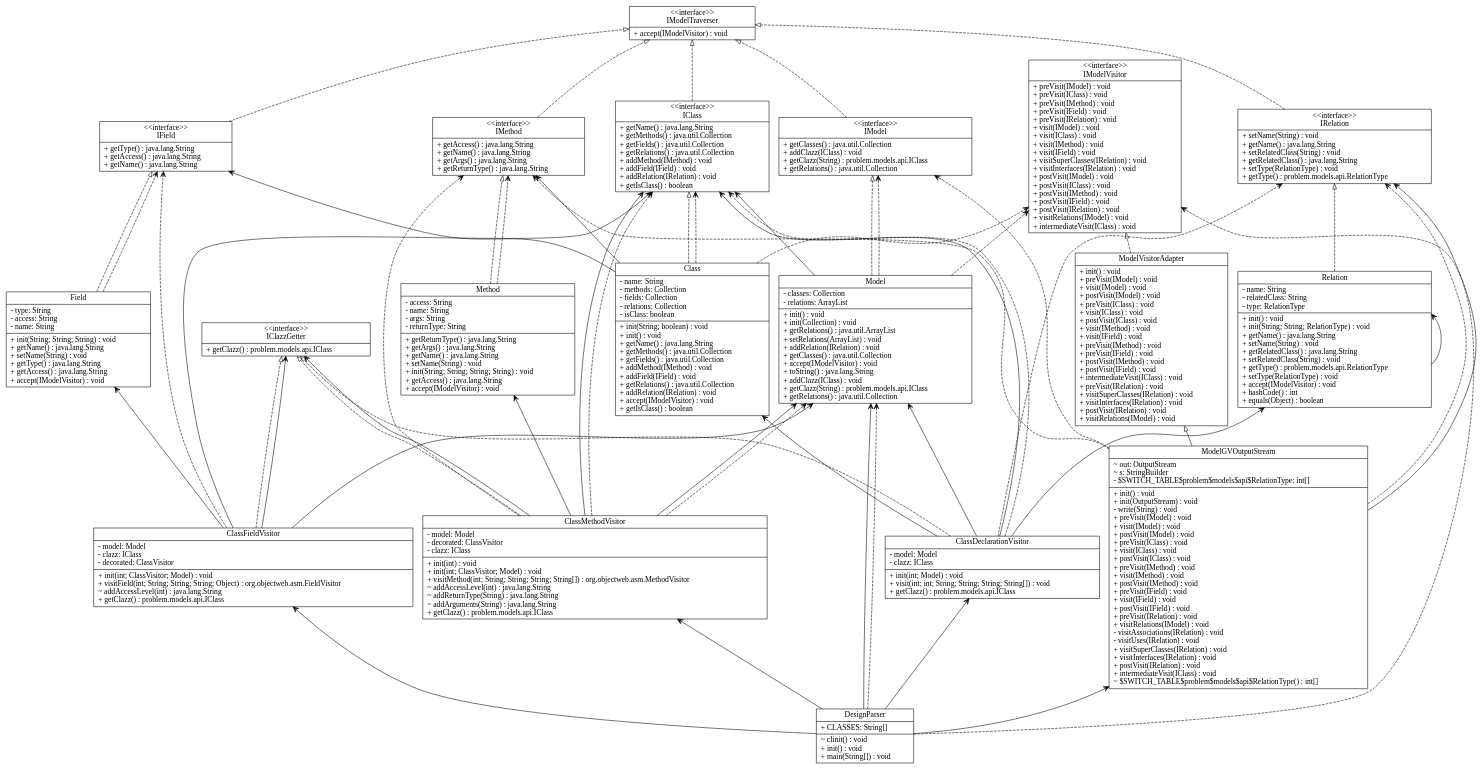
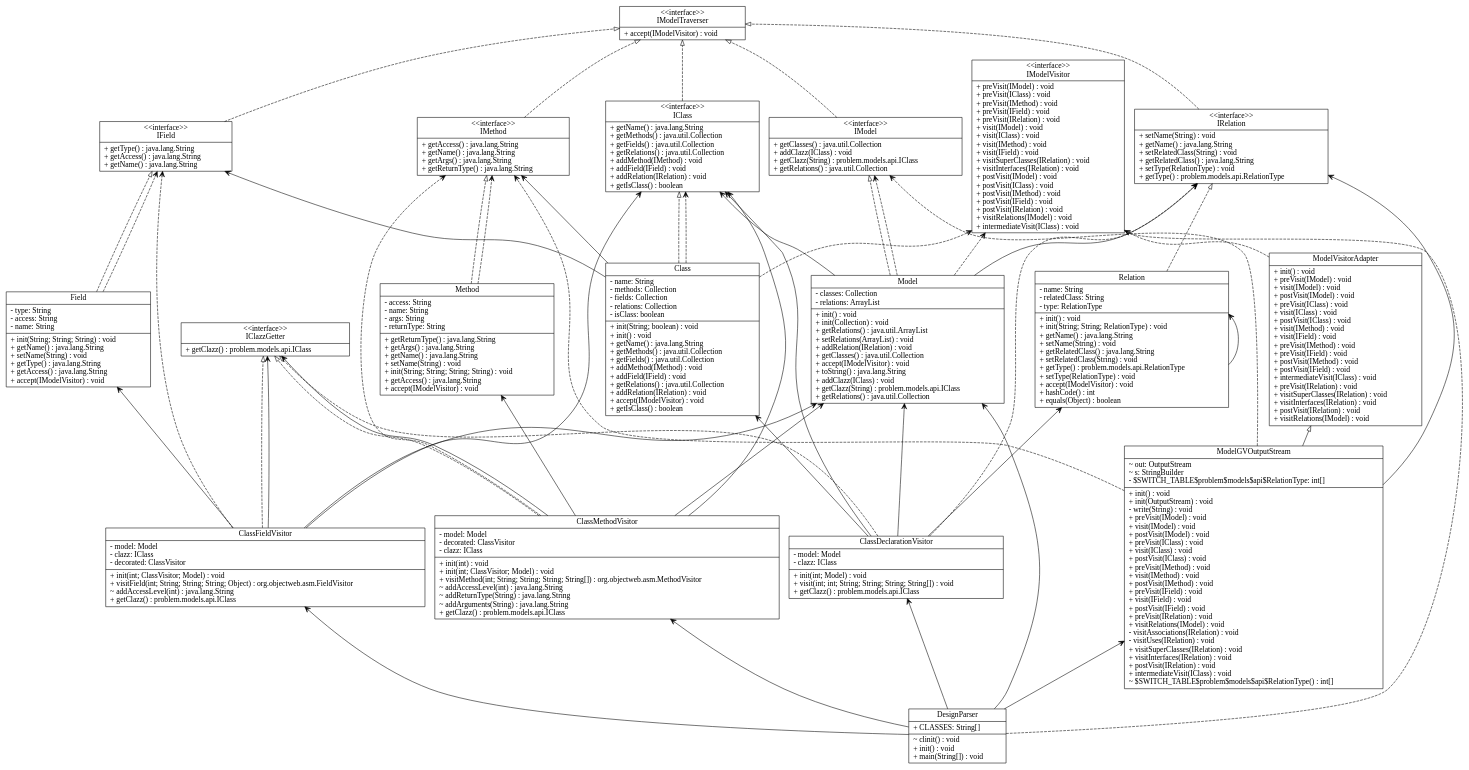
The diagram in input_output/model.gv (tpunt3/Csse374), drawn with Graphviz before and after one commit. The commit also changed 3 other files, not shown here.

```diff
--- a/input_output/model.gv
+++ b/input_output/model.gv
@@ -1,153 +1,149 @@
 digraph model{
 rankdir = BT;
 ClassDeclarationVisitor [
 shape="record",
 label = "{ClassDeclarationVisitor| - model: Model\l- clazz: IClass\l|+ init(int; Model) : void\l+ visit(int; int; String; String; String; String[]) : void\l+ getClazz() : problem.models.api.IClass\l}"
 ];
 
 ClassFieldVisitor [
 shape="record",
 label = "{ClassFieldVisitor| - model: Model\l- clazz: IClass\l- decorated: ClassVisitor\l|+ init(int; ClassVisitor; Model) : void\l+ visitField(int; String; String; String; Object) : org.objectweb.asm.FieldVisitor\l~ addAccessLevel(int) : java.lang.String\l+ getClazz() : problem.models.api.IClass\l}"
 ];
 
 ClassMethodVisitor [
 shape="record",
 label = "{ClassMethodVisitor| - model: Model\l- decorated: ClassVisitor\l- clazz: IClass\l|+ init(int) : void\l+ init(int; ClassVisitor; Model) : void\l+ visitMethod(int; String; String; String; String[]) : org.objectweb.asm.MethodVisitor\l~ addAccessLevel(int) : java.lang.String\l~ addReturnType(String) : java.lang.String\l~ addArguments(String) : java.lang.String\l+ getClazz() : problem.models.api.IClass\l}"
 ];
 
 DesignParser [
 shape="record",
 label = "{DesignParser| + CLASSES: String[]\l|~ clinit() : void\l+ init() : void\l+ main(String[]) : void\l}"
 ];
 
 IClazzGetter [
 shape="record",
 label = "{\<\<interface\>\>\nIClazzGetter| + getClazz() : problem.models.api.IClass\l}"
 ];
 
 IModelTraverser [
 shape="record",
 label = "{\<\<interface\>\>\nIModelTraverser| + accept(IModelVisitor) : void\l}"
 ];
 
 IModelVisitor [
 shape="record",
 label = "{\<\<interface\>\>\nIModelVisitor| + preVisit(IModel) : void\l+ preVisit(IClass) : void\l+ preVisit(IMethod) : void\l+ preVisit(IField) : void\l+ preVisit(IRelation) : void\l+ visit(IModel) : void\l+ visit(IClass) : void\l+ visit(IMethod) : void\l+ visit(IField) : void\l+ visitSuperClasses(IRelation) : void\l+ visitInterfaces(IRelation) : void\l+ postVisit(IModel) : void\l+ postVisit(IClass) : void\l+ postVisit(IMethod) : void\l+ postVisit(IField) : void\l+ postVisit(IRelation) : void\l+ visitRelations(IModel) : void\l+ intermediateVisit(IClass) : void\l}"
 ];
 
 ModelVisitorAdapter [
 shape="record",
 label = "{ModelVisitorAdapter| + init() : void\l+ preVisit(IModel) : void\l+ visit(IModel) : void\l+ postVisit(IModel) : void\l+ preVisit(IClass) : void\l+ visit(IClass) : void\l+ postVisit(IClass) : void\l+ visit(IMethod) : void\l+ visit(IField) : void\l+ preVisit(IMethod) : void\l+ preVisit(IField) : void\l+ postVisit(IMethod) : void\l+ postVisit(IField) : void\l+ intermediateVisit(IClass) : void\l+ preVisit(IRelation) : void\l+ visitSuperClasses(IRelation) : void\l+ visitInterfaces(IRelation) : void\l+ postVisit(IRelation) : void\l+ visitRelations(IModel) : void\l}"
 ];
 
 IClass [
 shape="record",
 label = "{\<\<interface\>\>\nIClass| + getName() : java.lang.String\l+ getMethods() : java.util.Collection\l+ getFields() : java.util.Collection\l+ getRelations() : java.util.Collection\l+ addMethod(IMethod) : void\l+ addField(IField) : void\l+ addRelation(IRelation) : void\l+ getIsClass() : boolean\l}"
 ];
 
 IField [
 shape="record",
 label = "{\<\<interface\>\>\nIField| + getType() : java.lang.String\l+ getAccess() : java.lang.String\l+ getName() : java.lang.String\l}"
 ];
 
 IMethod [
 shape="record",
 label = "{\<\<interface\>\>\nIMethod| + getAccess() : java.lang.String\l+ getName() : java.lang.String\l+ getArgs() : java.lang.String\l+ getReturnType() : java.lang.String\l}"
 ];
 
 IModel [
 shape="record",
 label = "{\<\<interface\>\>\nIModel| + getClasses() : java.util.Collection\l+ addClazz(IClass) : void\l+ getClazz(String) : problem.models.api.IClass\l+ getRelations() : java.util.Collection\l}"
 ];
 
 IRelation [
 shape="record",
 label = "{\<\<interface\>\>\nIRelation| + setName(String) : void\l+ getName() : java.lang.String\l+ setRelatedClass(String) : void\l+ getRelatedClass() : java.lang.String\l+ setType(RelationType) : void\l+ getType() : problem.models.api.RelationType\l}"
 ];
 
 Class [
 shape="record",
 label = "{Class| - name: String\l- methods: Collection\l- fields: Collection\l- relations: Collection\l- isClass: boolean\l|+ init(String; boolean) : void\l+ init() : void\l+ getName() : java.lang.String\l+ getMethods() : java.util.Collection\l+ getFields() : java.util.Collection\l+ addMethod(IMethod) : void\l+ addField(IField) : void\l+ getRelations() : java.util.Collection\l+ addRelation(IRelation) : void\l+ accept(IModelVisitor) : void\l+ getIsClass() : boolean\l}"
 ];
 
 Field [
 shape="record",
 label = "{Field| - type: String\l- access: String\l- name: String\l|+ init(String; String; String) : void\l+ getName() : java.lang.String\l+ setName(String) : void\l+ getType() : java.lang.String\l+ getAccess() : java.lang.String\l+ accept(IModelVisitor) : void\l}"
 ];
 
 Method [
 shape="record",
 label = "{Method| - access: String\l- name: String\l- args: String\l- returnType: String\l|+ getReturnType() : java.lang.String\l+ getArgs() : java.lang.String\l+ getName() : java.lang.String\l+ setName(String) : void\l+ init(String; String; String; String) : void\l+ getAccess() : java.lang.String\l+ accept(IModelVisitor) : void\l}"
 ];
 
 Model [
 shape="record",
 label = "{Model| - classes: Collection\l- relations: ArrayList\l|+ init() : void\l+ init(Collection) : void\l+ getRelations() : java.util.ArrayList\l+ setRelations(ArrayList) : void\l+ addRelation(IRelation) : void\l+ getClasses() : java.util.Collection\l+ accept(IModelVisitor) : void\l+ toString() : java.lang.String\l+ addClazz(IClass) : void\l+ getClazz(String) : problem.models.api.IClass\l+ getRelations() : java.util.Collection\l}"
 ];
 
 ModelGVOutputStream [
 shape="record",
 label = "{ModelGVOutputStream| ~ out: OutputStream\l~ s: StringBuilder\l- $SWITCH_TABLE$problem$models$api$RelationType: int[]\l|+ init() : void\l+ init(OutputStream) : void\l- write(String) : void\l+ preVisit(IModel) : void\l+ visit(IModel) : void\l+ postVisit(IModel) : void\l+ preVisit(IClass) : void\l+ visit(IClass) : void\l+ postVisit(IClass) : void\l+ preVisit(IMethod) : void\l+ visit(IMethod) : void\l+ postVisit(IMethod) : void\l+ preVisit(IField) : void\l+ visit(IField) : void\l+ postVisit(IField) : void\l+ preVisit(IRelation) : void\l+ visitRelations(IModel) : void\l- visitAssociations(IRelation) : void\l- visitUses(IRelation) : void\l+ visitSuperClasses(IRelation) : void\l+ visitInterfaces(IRelation) : void\l+ postVisit(IRelation) : void\l+ intermediateVisit(IClass) : void\l~ $SWITCH_TABLE$problem$models$api$RelationType() : int[]\l}"
 ];
 
 Relation [
 shape="record",
 label = "{Relation| - name: String\l- relatedClass: String\l- type: RelationType\l|+ init() : void\l+ init(String; String; RelationType) : void\l+ getName() : java.lang.String\l+ setName(String) : void\l+ getRelatedClass() : java.lang.String\l+ setRelatedClass(String) : void\l+ getType() : problem.models.api.RelationType\l+ setType(RelationType) : void\l+ accept(IModelVisitor) : void\l+ hashCode() : int\l+ equals(Object) : boolean\l}"
 ];
 
 //writing relations between classes now
 ClassDeclarationVisitor -> IClazzGetter [arrowhead = "empty", style = "dashed"];
 ClassDeclarationVisitor -> Model [arrowhead = "vee"];
 ClassDeclarationVisitor -> Class [arrowhead = "vee"];
 ClassDeclarationVisitor -> IClass [arrowhead = "vee"];
 ClassDeclarationVisitor -> Relation [arrowhead = "vee"];
 ClassDeclarationVisitor -> IRelation [arrowhead = "vee", style = "dashed"];
-ClassDeclarationVisitor -> IClass [arrowhead = "vee", style = "dashed"];
 ClassFieldVisitor -> IClazzGetter [arrowhead = "empty", style = "dashed"];
 ClassFieldVisitor -> Model [arrowhead = "vee"];
 ClassFieldVisitor -> IClass [arrowhead = "vee"];
 ClassFieldVisitor -> Field [arrowhead = "vee"];
 ClassFieldVisitor -> IField [arrowhead = "vee", style = "dashed"];
 ClassFieldVisitor -> IClazzGetter [arrowhead = "vee"];
 ClassMethodVisitor -> IClazzGetter [arrowhead = "empty", style = "dashed"];
 ClassMethodVisitor -> IClass [arrowhead = "vee"];
 ClassMethodVisitor -> Model [arrowhead = "vee"];
-ClassMethodVisitor -> Model [arrowhead = "vee", style = "dashed"];
-ClassMethodVisitor -> IClass [arrowhead = "vee", style = "dashed"];
 ClassMethodVisitor -> Method [arrowhead = "vee"];
 ClassMethodVisitor -> IMethod [arrowhead = "vee", style = "dashed"];
 ClassMethodVisitor -> IClazzGetter [arrowhead = "vee"];
 DesignParser -> Model [arrowhead = "vee"];
 DesignParser -> ClassDeclarationVisitor [arrowhead = "vee"];
-DesignParser -> Model [arrowhead = "vee", style = "dashed"];
 DesignParser -> ClassFieldVisitor [arrowhead = "vee"];
 DesignParser -> ClassMethodVisitor [arrowhead = "vee"];
 DesignParser -> ModelGVOutputStream [arrowhead = "vee"];
 DesignParser -> IModelVisitor [arrowhead = "vee", style = "dashed"];
 ModelVisitorAdapter -> IModelVisitor [arrowhead = "empty", style = "dashed"];
 IClass -> IModelTraverser [arrowhead = "empty", style = "dashed"];
 IField -> IModelTraverser [arrowhead = "empty", style = "dashed"];
 IMethod -> IModelTraverser [arrowhead = "empty", style = "dashed"];
 IModel -> IModelTraverser [arrowhead = "empty", style = "dashed"];
 IRelation -> IModelTraverser [arrowhead = "empty", style = "dashed"];
 Class -> IClass [arrowhead = "empty", style = "dashed"];
 Class -> IClass [arrowhead = "vee", style = "dashed"];
 Class -> IField [arrowhead = "vee"];
 Class -> IModelVisitor [arrowhead = "vee", style = "dashed"];
 Class -> IMethod [arrowhead = "vee"];
 Field -> IField [arrowhead = "empty", style = "dashed"];
 Field -> IField [arrowhead = "vee", style = "dashed"];
 Method -> IMethod [arrowhead = "empty", style = "dashed"];
 Method -> IMethod [arrowhead = "vee", style = "dashed"];
 Model -> IModel [arrowhead = "empty", style = "dashed"];
+Model -> IRelation [arrowhead = "vee"];
 Model -> IModel [arrowhead = "vee", style = "dashed"];
 Model -> IClass [arrowhead = "vee"];
 Model -> IModelVisitor [arrowhead = "vee", style = "dashed"];
 ModelGVOutputStream -> ModelVisitorAdapter [arrowhead = "empty"];
 ModelGVOutputStream -> IModel [arrowhead = "vee", style = "dashed"];
 ModelGVOutputStream -> IMethod [arrowhead = "vee", style = "dashed"];
-ModelGVOutputStream -> IRelation [arrowhead = "vee", style = "dashed"];
 ModelGVOutputStream -> IRelation [arrowhead = "vee"];
 Relation -> IRelation [arrowhead = "empty", style = "dashed"];
 Relation -> Relation [arrowhead = "vee"];
 }
```
